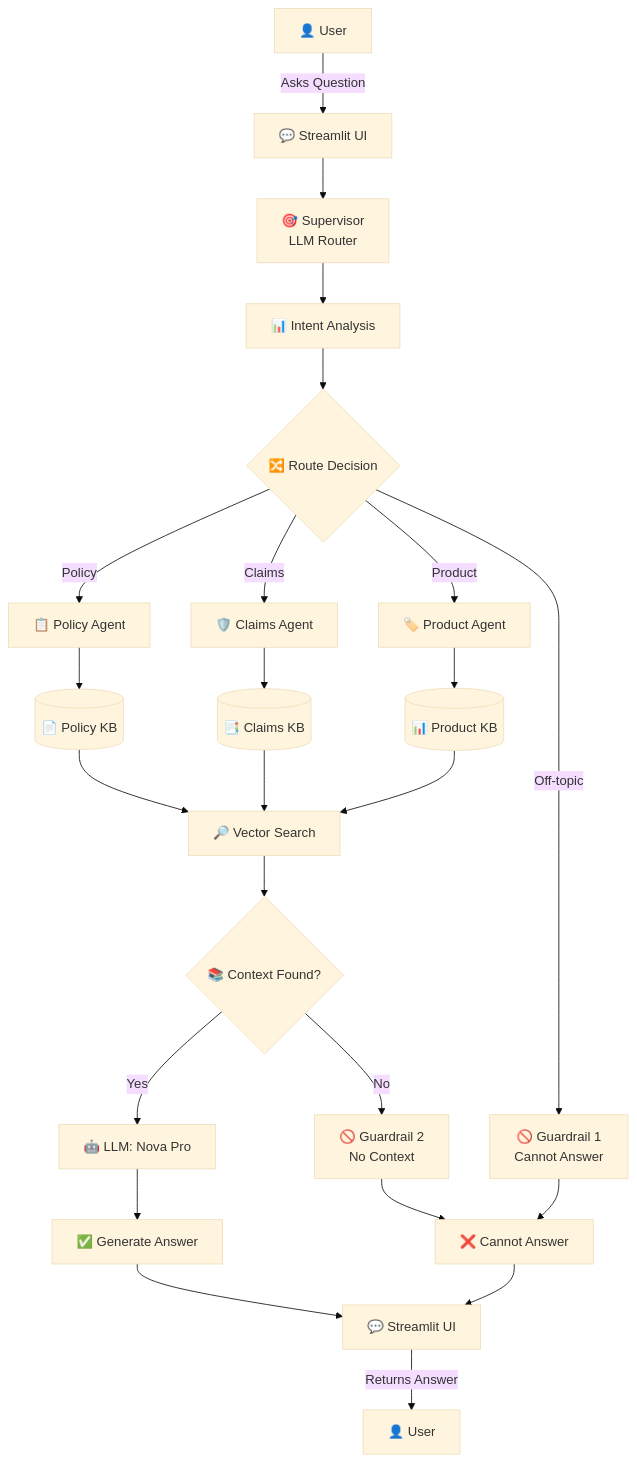
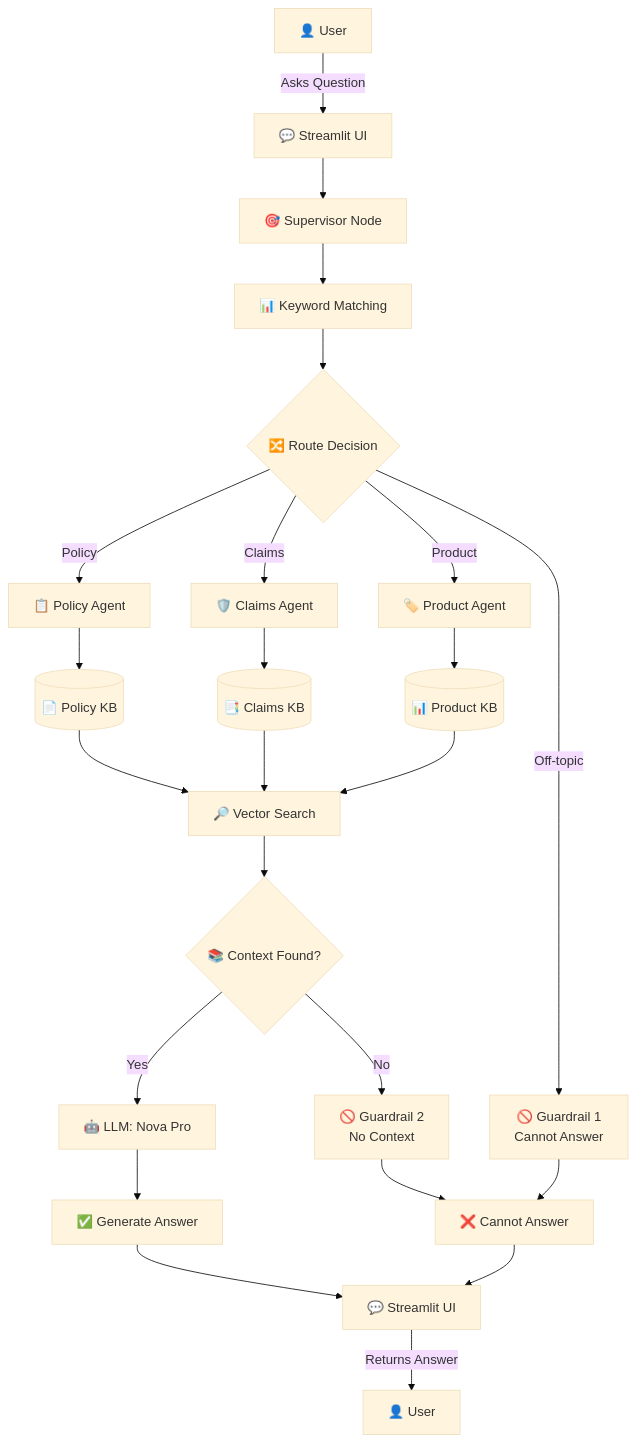
Before and after one commit to Liuyuao/Phase1_FoundationWorkflow: the diagram in README.md, drawn with Mermaid (base theme).

Commit message:
Update flowchart nodes in README

````diff
--- a/README.md
+++ b/README.md
@@ -27,35 +27,35 @@
 ```mermaid
 flowchart TD
     A[👤 User] -->|Asks Question| B[💬 Streamlit UI]
     
-    B --> C[🎯 Supervisor<br>LLM Router]
-    C --> D[📊 Intent Analysis]
+    B --> C[🎯 Supervisor Node]
+    C --> D[📊 Keyword Matching]
     D --> E{🔀 Route Decision}
     
     E -->|Policy| F[📋 Policy Agent]
     E -->|Claims| G[🛡️ Claims Agent]
     E -->|Product| H[🏷️ Product Agent]
     E -->|Off-topic| I[🚫 Guardrail 1<br>Cannot Answer]
     
     F --> J[(📄 Policy KB)]
     G --> K[(📑 Claims KB)]
     H --> L[(📊 Product KB)]
     
     J --> M[🔎 Vector Search]
     K --> M
     L --> M
     
     M --> N{📚 Context Found?}
     N -->|Yes| O[🤖 LLM: Nova Pro]
     N -->|No| P[🚫 Guardrail 2<br>No Context]
     
     O --> Q[✅ Generate Answer]
     I --> R[❌ Cannot Answer]
     P --> R
     
     Q --> S[💬 Streamlit UI]
     R --> S
     
     S -->|Returns Answer| T[👤 User]
 
 ```
````
